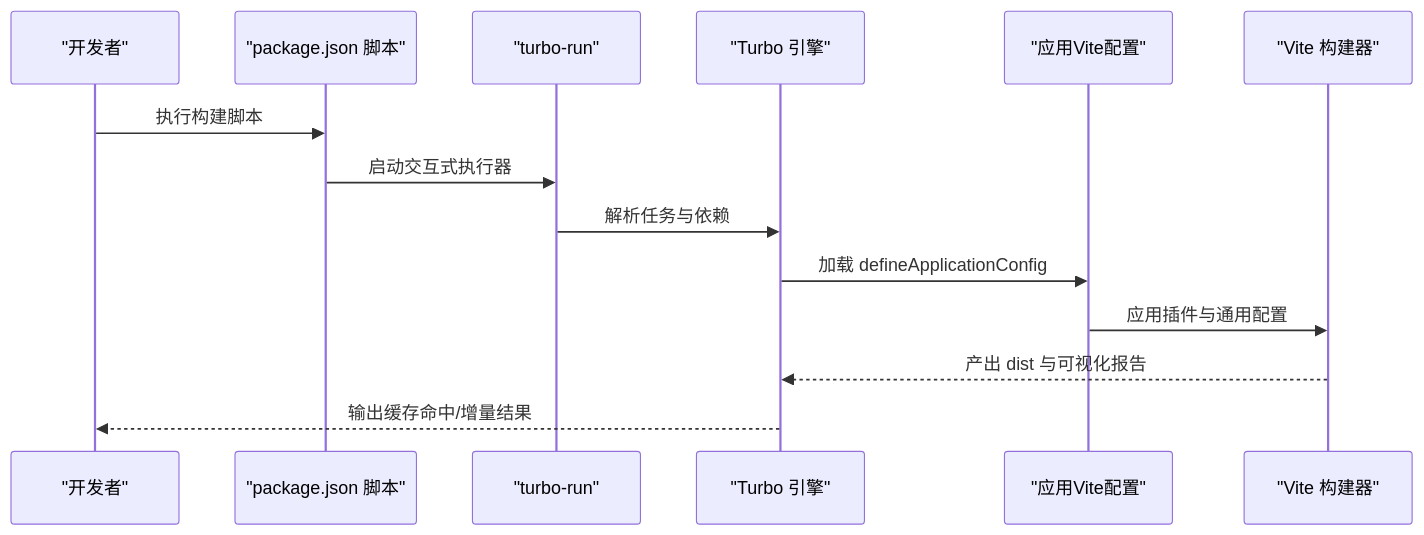
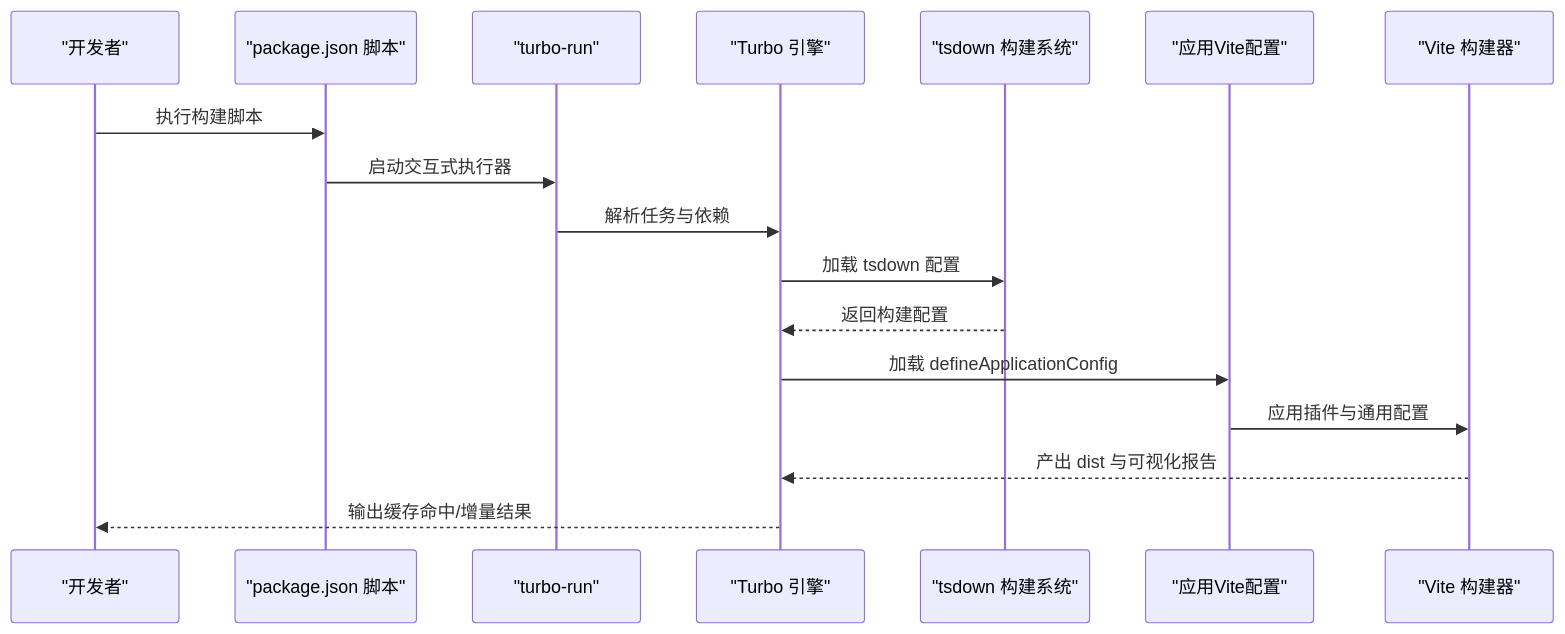
One commit to liuyinzhong/hive changed the second of 7 diagrams in .qoder/repowiki/zh/content/开发工具链/构建优化与性能调优.md. Above: the diagram before and after it, drawn with Mermaid. The commit also changed other lines of this file and 8 other files, not shown here.

````diff
--- a/.qoder/repowiki/zh/content/开发工具链/构建优化与性能调优.md
+++ b/.qoder/repowiki/zh/content/开发工具链/构建优化与性能调优.md
@@ -118,16 +124,19 @@
 ```mermaid
 sequenceDiagram
 participant Dev as "开发者"
 participant NPM as "package.json 脚本"
 participant TR as "turbo-run"
 participant TB as "Turbo 引擎"
+participant TS as "tsdown 构建系统"
 participant APP as "应用Vite配置"
 participant VC as "Vite 构建器"
 Dev->>NPM : 执行构建脚本
 NPM->>TR : 启动交互式执行器
 TR->>TB : 解析任务与依赖
+TB->>TS : 加载 tsdown 配置
+TS-->>TB : 返回构建配置
 TB->>APP : 加载 defineApplicationConfig
 APP->>VC : 应用插件与通用配置
 VC-->>TB : 产出 dist 与可视化报告
 TB-->>Dev : 输出缓存命中/增量结果
 ```
````
